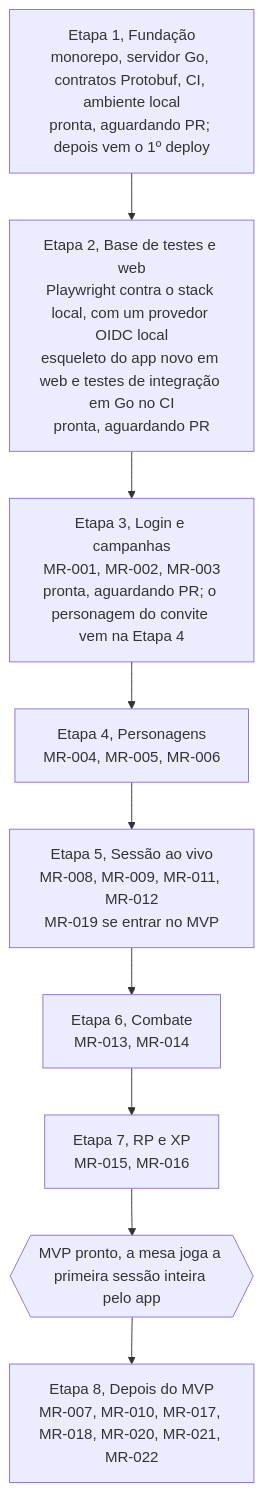
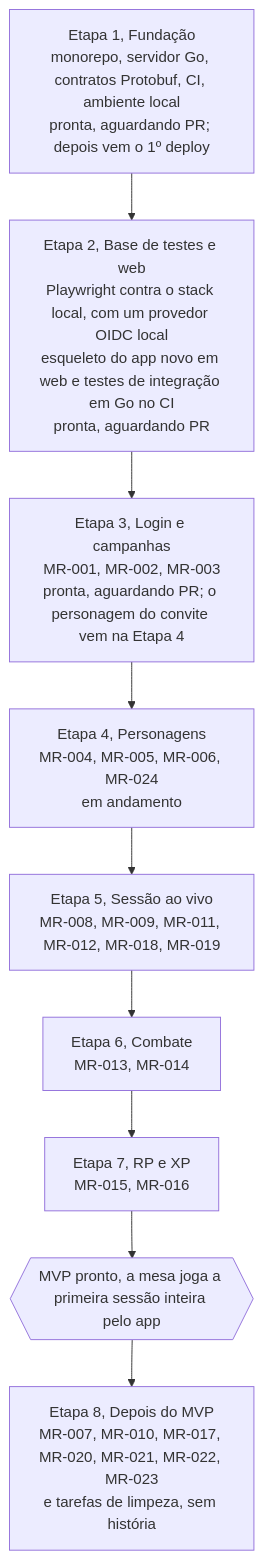
The diagram in docs/roadmap.md (PuraFome/meuRPG), drawn with Mermaid before and after one commit. The commit also changed other lines of this file and 9 other files, not shown here.

````diff
--- a/docs/roadmap.md
+++ b/docs/roadmap.md
@@ -5,14 +5,14 @@
 ```mermaid
 flowchart TD
     E1["Etapa 1, Fundação<br/>monorepo, servidor Go, contratos Protobuf, CI, ambiente local<br/>pronta, aguardando PR; depois vem o 1º deploy"]
     E2["Etapa 2, Base de testes e web<br/>Playwright contra o stack local, com um provedor OIDC local<br/>esqueleto do app novo em web e testes de integração em Go no CI<br/>pronta, aguardando PR"]
     E3["Etapa 3, Login e campanhas<br/>MR-001, MR-002, MR-003<br/>pronta, aguardando PR; o personagem do convite vem na Etapa 4"]
-    E4["Etapa 4, Personagens<br/>MR-004, MR-005, MR-006"]
-    E5["Etapa 5, Sessão ao vivo<br/>MR-008, MR-009, MR-011, MR-012<br/>MR-019 se entrar no MVP"]
+    E4["Etapa 4, Personagens<br/>MR-004, MR-005, MR-006, MR-024<br/>em andamento"]
+    E5["Etapa 5, Sessão ao vivo<br/>MR-008, MR-009, MR-011, MR-012, MR-018, MR-019"]
     E6["Etapa 6, Combate<br/>MR-013, MR-014"]
     E7["Etapa 7, RP e XP<br/>MR-015, MR-016"]
     MVP{{"MVP pronto, a mesa joga a primeira sessão inteira pelo app"}}
-    E8["Etapa 8, Depois do MVP<br/>MR-007, MR-010, MR-017, MR-018, MR-020, MR-021, MR-022"]
+    E8["Etapa 8, Depois do MVP<br/>MR-007, MR-010, MR-017, MR-020, MR-021, MR-022, MR-023<br/>e tarefas de limpeza, sem história"]
 
     E1 --> E2 --> E3 --> E4 --> E5 --> E6 --> E7 --> MVP --> E8
 ```
````
